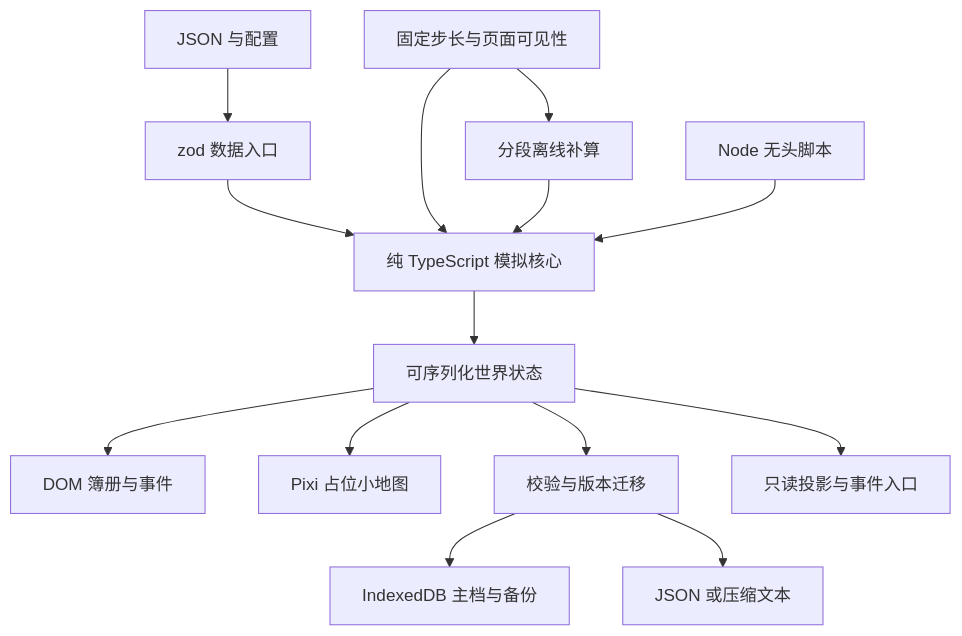
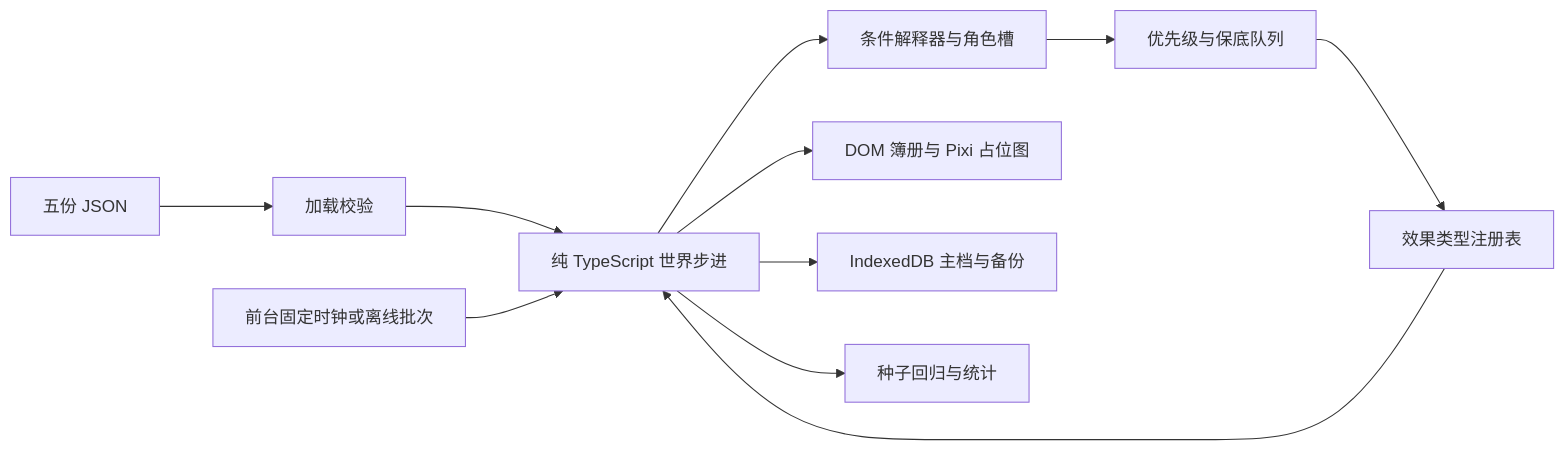
One commit to CyberShp/immortals changed the diagram in docs/ARCHITECTURE.md. Above: the diagram before and after it, drawn with Mermaid. The commit also changed other lines of this file and 25 other files, not shown here.

Commit message:
M2 数据与事件接入：10 特质/5 建筑/20 事件/4 故事线 JSON+zod、事件调度、自动掌门、UI、批量统计

````diff
--- a/docs/ARCHITECTURE.md
+++ b/docs/ARCHITECTURE.md
@@ -5,16 +11,13 @@
 ```mermaid
-flowchart TD
-  数据[JSON 与配置] --> 校验[zod 数据入口]
-  校验 --> 模拟[纯 TypeScript 模拟核心]
-  时间[固定步长与页面可见性] --> 模拟
-  时间 --> 离线[分段离线补算]
-  离线 --> 模拟
-  模拟 --> 世界[可序列化世界状态]
-  世界 --> 界面[DOM 簿册与事件]
-  世界 --> 地图[Pixi 占位小地图]
-  世界 --> 存档[校验与版本迁移]
-  存档 --> 存储[IndexedDB 主档与备份]
-  存档 --> 导出[JSON 或压缩文本]
-  世界 --> 小窗[只读投影与事件入口]
-  无头[Node 无头脚本] --> 模拟
+flowchart LR
+  JSON[五份 JSON] --> Zod[加载校验]
+  Zod --> Core[纯 TypeScript 世界步进]
+  Core --> Conditions[条件解释器与角色槽]
+  Conditions --> Queue[优先级与保底队列]
+  Queue --> Registry[效果类型注册表]
+  Registry --> Core
+  Core --> UI[DOM 簿册与 Pixi 占位图]
+  Core --> Save[IndexedDB 主档与备份]
+  Clock[前台固定时钟或离线批次] --> Core
+  Core --> CLI[种子回归与统计]
 ```
````
